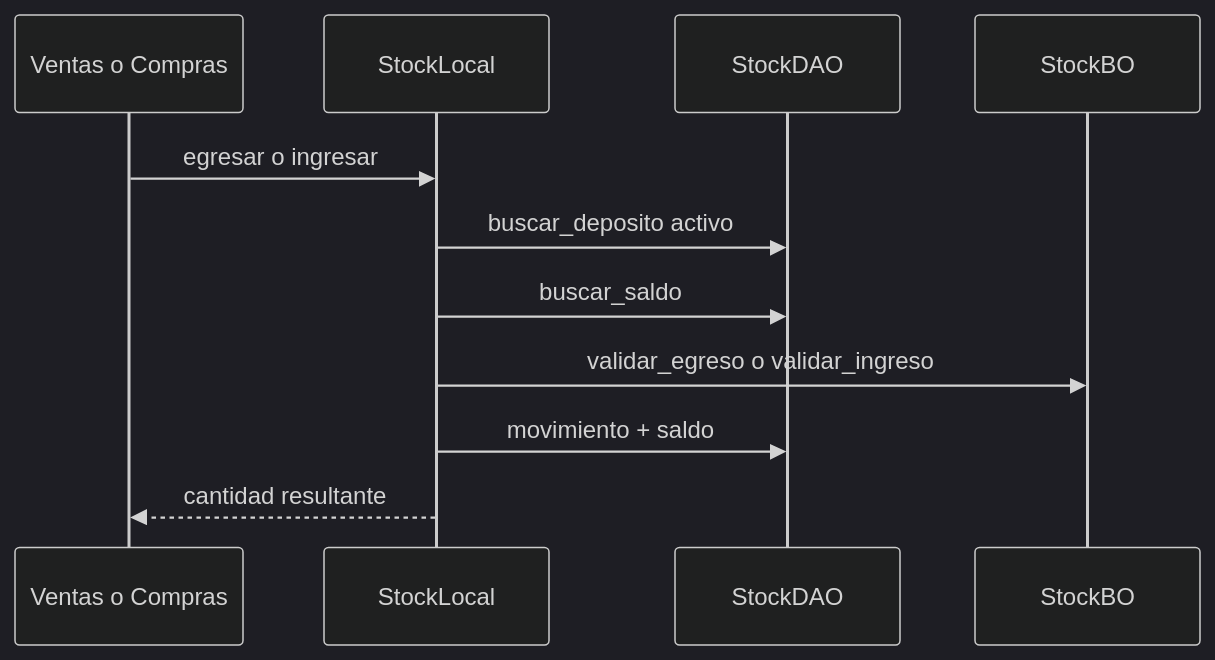
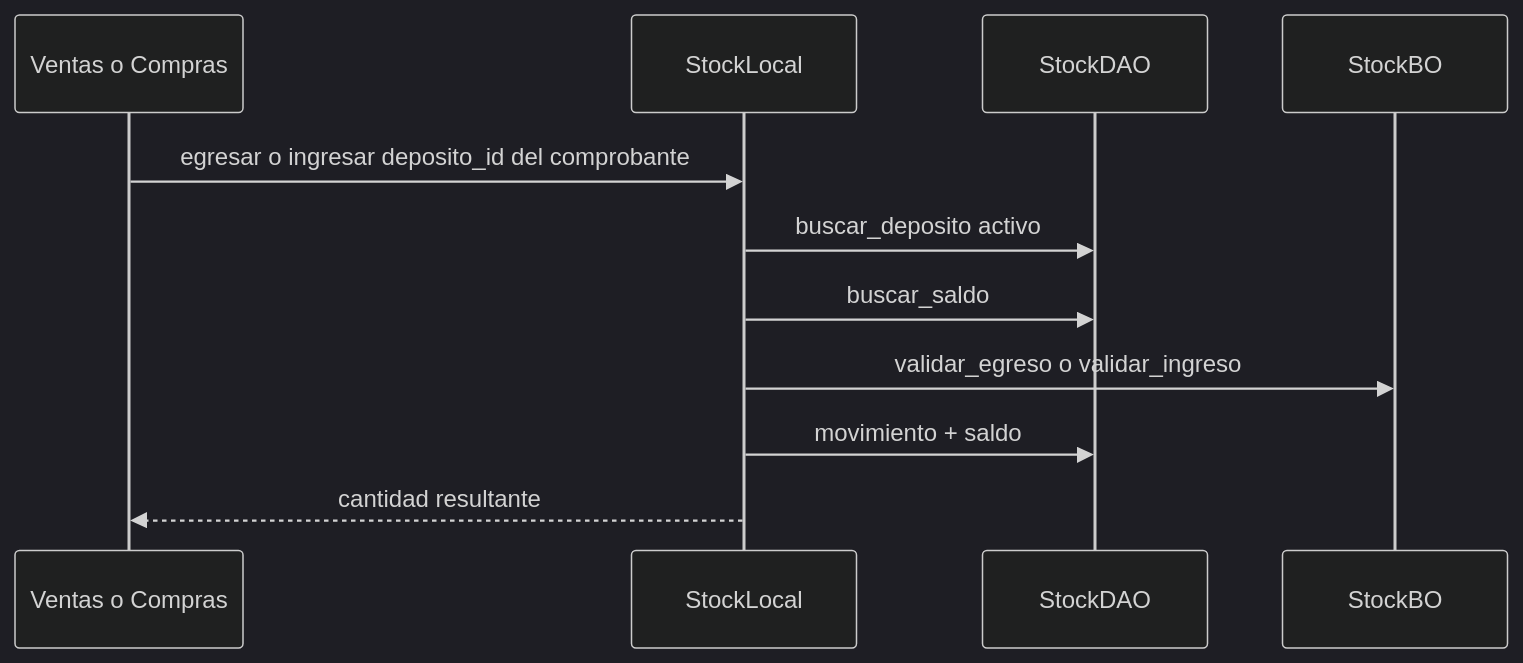
The third of 3 diagrams in docs/diagramas/stock.md (estsan3/ventas360-api), drawn with Mermaid (dark theme) before and after one commit. The commit also changed other lines of this file and 21 other files, not shown here.

First line of the commit message:
docs: diagramas de secuencia por módulo (sync 2026-09-23)

````diff
--- a/docs/diagramas/stock.md
+++ b/docs/diagramas/stock.md
@@ -56,14 +58,14 @@
 ```mermaid
 sequenceDiagram
     participant Orquestador as Ventas o Compras
     participant Stock as StockLocal
     participant DAO as StockDAO
     participant BO as StockBO
 
-    Orquestador->>Stock: egresar o ingresar
+    Orquestador->>Stock: egresar o ingresar deposito_id del comprobante
     Stock->>DAO: buscar_deposito activo
     Stock->>DAO: buscar_saldo
     Stock->>BO: validar_egreso o validar_ingreso
     Stock->>DAO: movimiento + saldo
     Stock-->>Orquestador: cantidad resultante
 ```
````
